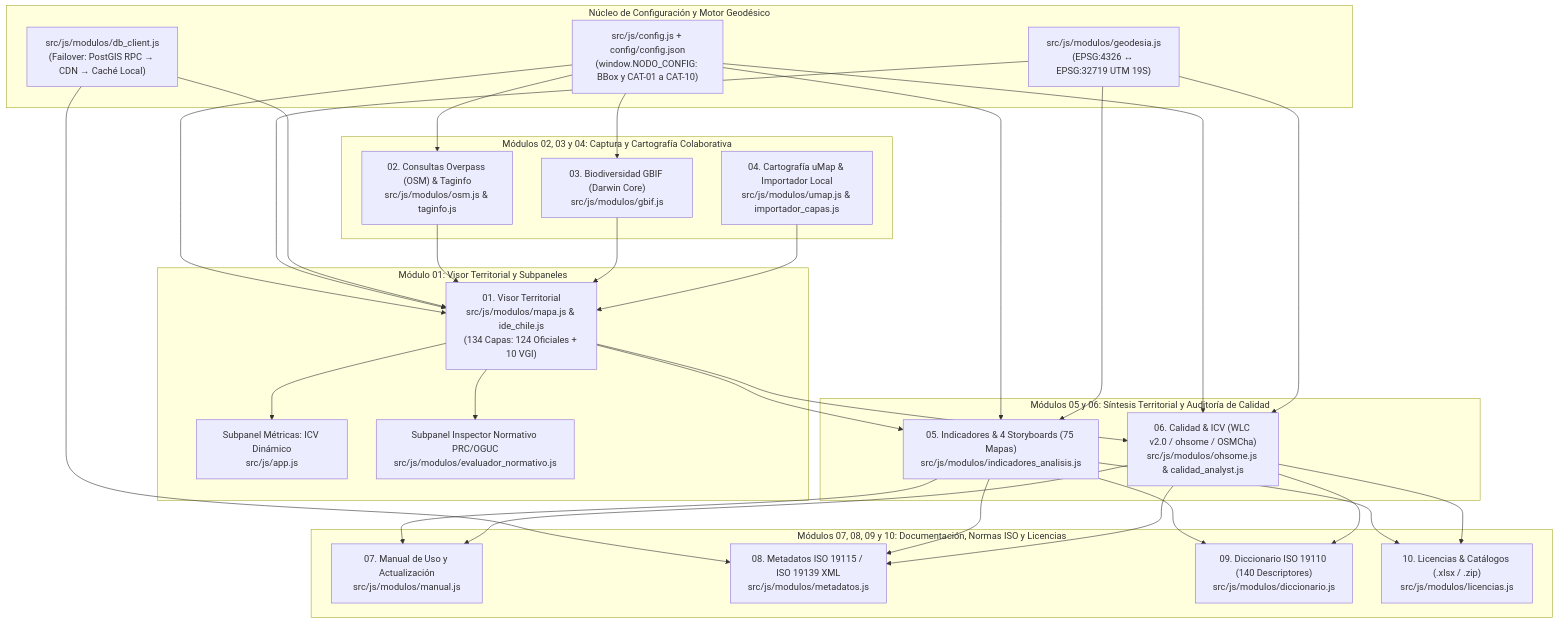
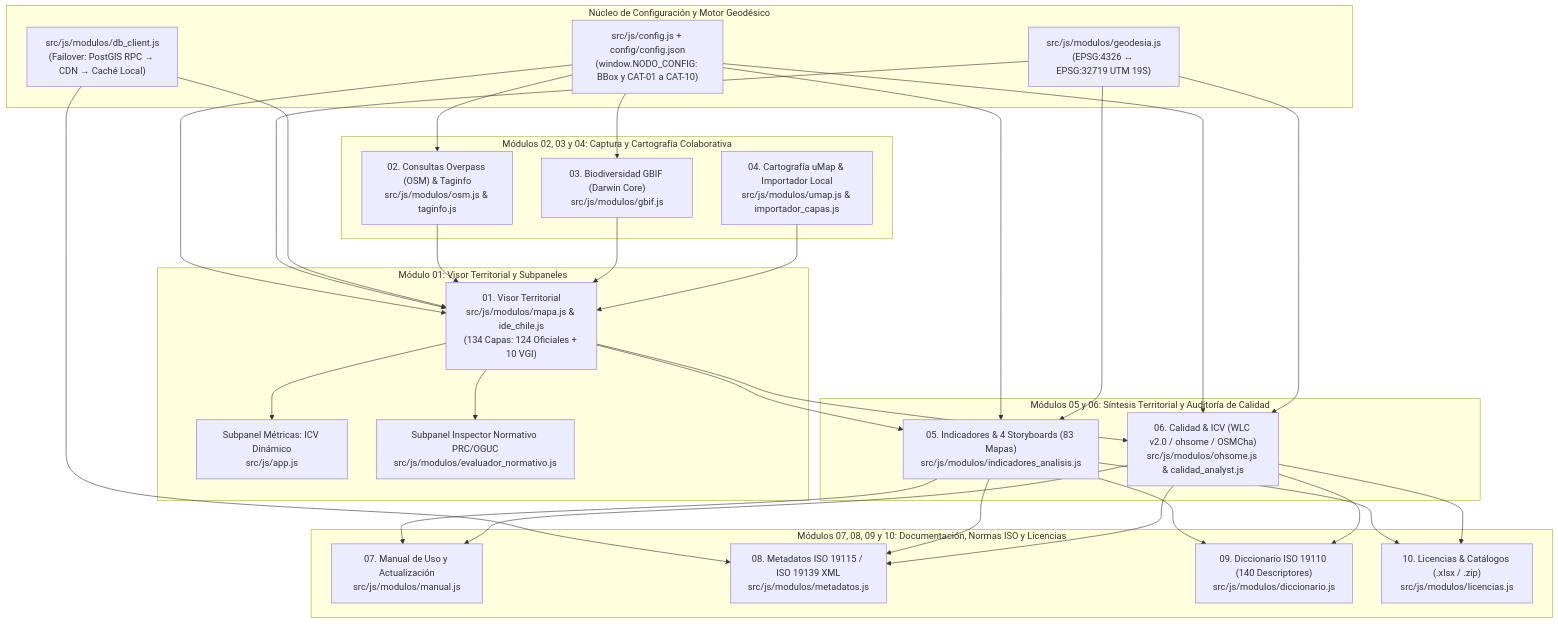
Before and after one commit to GEOJOTA/atlas-vgi-barrio-brasil: the second of 2 diagrams in README.md, drawn with Mermaid. The commit also changed other lines of this file and 40 other files, not shown here.

````diff
--- a/README.md
+++ b/README.md
@@ -70,40 +70,40 @@
 ```mermaid
 flowchart TD
     subgraph NUCLEO["Núcleo de Configuración y Motor Geodésico"]
         CFG["src/js/config.js + config/config.json<br/>(window.NODO_CONFIG: BBox y CAT-01 a CAT-10)"]
         GEO["src/js/modulos/geodesia.js<br/>(EPSG:4326 ↔ EPSG:32719 UTM 19S)"]
         DB["src/js/modulos/db_client.js<br/>(Failover: PostGIS RPC → CDN → Caché Local)"]
     end
 
     subgraph VISOR["Módulo 01: Visor Territorial y Subpaneles"]
         M01["01. Visor Territorial<br/>src/js/modulos/mapa.js & ide_chile.js<br/>(134 Capas: 124 Oficiales + 10 VGI)"]
         ICV["Subpanel Métricas: ICV Dinámico<br/>src/js/app.js"]
         CIN["Subpanel Inspector Normativo PRC/OGUC<br/>src/js/modulos/evaluador_normativo.js"]
     end
 
     subgraph INGESTA["Módulos 02, 03 y 04: Captura y Cartografía Colaborativa"]
         M02["02. Consultas Overpass (OSM) & Taginfo<br/>src/js/modulos/osm.js & taginfo.js"]
         M03["03. Biodiversidad GBIF (Darwin Core)<br/>src/js/modulos/gbif.js"]
         M04["04. Cartografía uMap & Importador Local<br/>src/js/modulos/umap.js & importador_capas.js"]
     end
 
     subgraph ANALISIS["Módulos 05 y 06: Síntesis Territorial y Auditoría de Calidad"]
-        M05["05. Indicadores & 4 Storyboards (75 Mapas)<br/>src/js/modulos/indicadores_analisis.js"]
+        M05["05. Indicadores & 4 Storyboards (83 Mapas)<br/>src/js/modulos/indicadores_analisis.js"]
         M06["06. Calidad & ICV (WLC v2.0 / ohsome / OSMCha)<br/>src/js/modulos/ohsome.js & calidad_analyst.js"]
     end
 
     subgraph GOBERNANZA["Módulos 07, 08, 09 y 10: Documentación, Normas ISO y Licencias"]
         M07["07. Manual de Uso y Actualización<br/>src/js/modulos/manual.js"]
         M08["08. Metadatos ISO 19115 / ISO 19139 XML<br/>src/js/modulos/metadatos.js"]
         M09["09. Diccionario ISO 19110 (140 Descriptores)<br/>src/js/modulos/diccionario.js"]
         M10["10. Licencias & Catálogos (.xlsx / .zip)<br/>src/js/modulos/licencias.js"]
     end
 
     CFG --> M01 & M02 & M03 & M05 & M06
     GEO --> M01 & M05 & M06
     DB --> M01 & M08
     M01 --> ICV & CIN
     M02 & M03 & M04 --> M01
     M01 --> M05 & M06
     M05 & M06 --> M07 & M08 & M09 & M10
 ```
````
